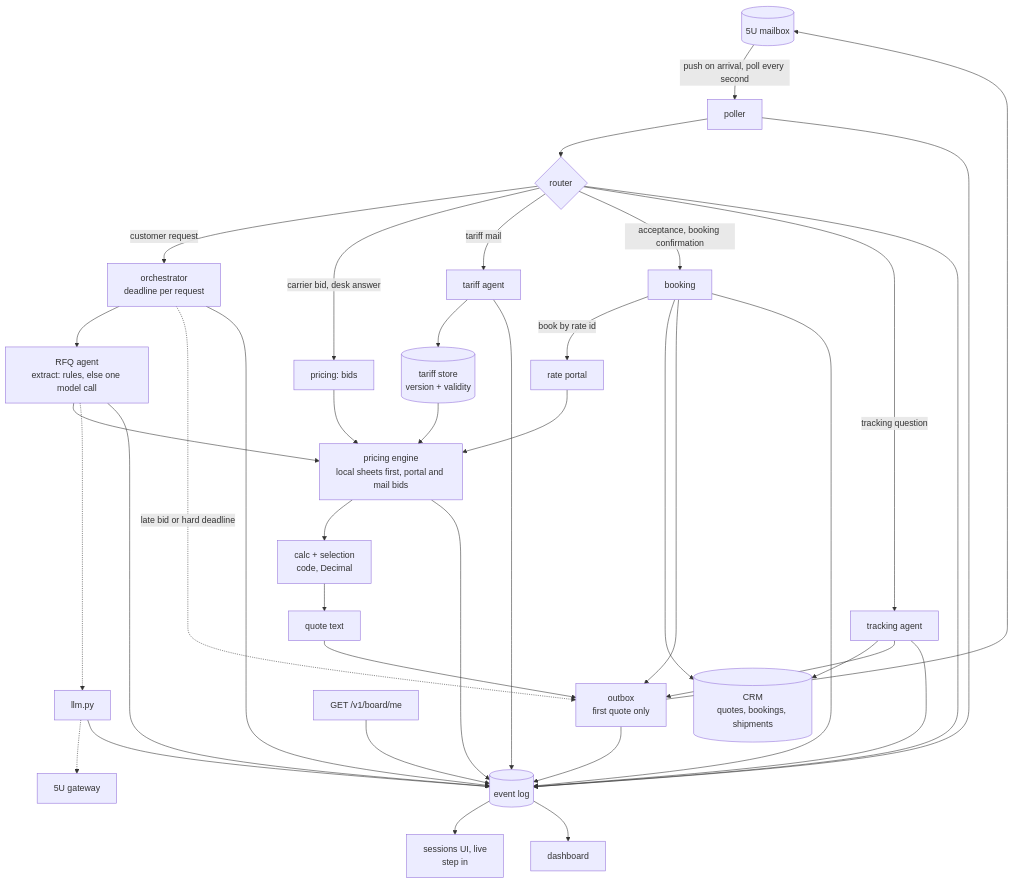
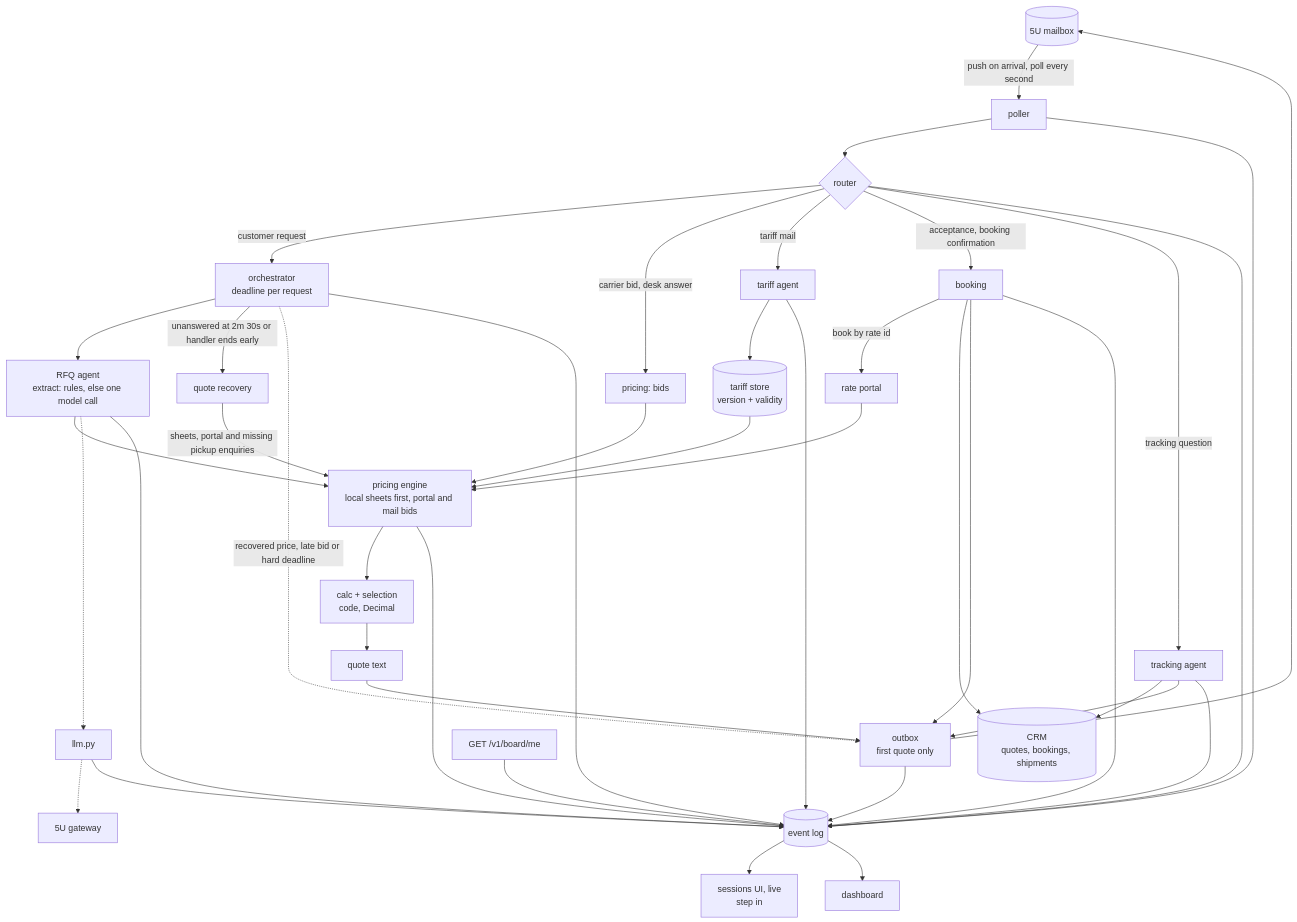
Before and after one commit to lucakammerer/pixel: the diagram in README.md, drawn with Mermaid. The commit also changed other lines of this file and 7 other files, not shown here.

````diff
--- a/README.md
+++ b/README.md
@@ -8,34 +8,36 @@
 ```mermaid
 flowchart TD
     MB[(5U mailbox)] -->|push on arrival, poll every second| P[poller]
     P --> R{router}
     R -->|customer request| O[orchestrator<br/>deadline per request]
     R -->|carrier bid, desk answer| BID[pricing: bids]
     R -->|tariff mail| T[tariff agent]
     R -->|acceptance, booking confirmation| BK[booking]
     R -->|tracking question| TR[tracking agent]
 
     O --> RFQ[RFQ agent<br/>extract: rules, else one model call]
     RFQ --> ENG[pricing engine<br/>local sheets first, portal and mail bids]
     T --> ST[(tariff store<br/>version + validity)]
     ST --> ENG
     PORTAL[rate portal] --> ENG
     BID --> ENG
     ENG --> SEL[calc + selection<br/>code, Decimal]
     SEL --> Q[quote text]
     Q --> OUT[outbox<br/>first quote only]
-    O -.->|late bid or hard deadline| OUT
+    O -->|unanswered at 2m 30s or handler ends early| REC[quote recovery]
+    REC -->|sheets, portal and missing pickup enquiries| ENG
+    O -.->|recovered price, late bid or hard deadline| OUT
     OUT --> MB
 
     BK -->|book by rate id| PORTAL
     BK --> CRM[(CRM<br/>quotes, bookings, shipments)]
     TR --> CRM
     TR --> OUT
     BK --> OUT
 
     RFQ -.-> LLM[llm.py] -.-> GW[5U gateway]
     P & R & O & RFQ & ENG & OUT & BK & TR & T & LLM --> EV[(event log)]
     EV --> UI[sessions UI, live<br/>step in]
     EV --> DASH[dashboard]
     BOARD["GET /v1/board/me"] --> EV
 ```
````
